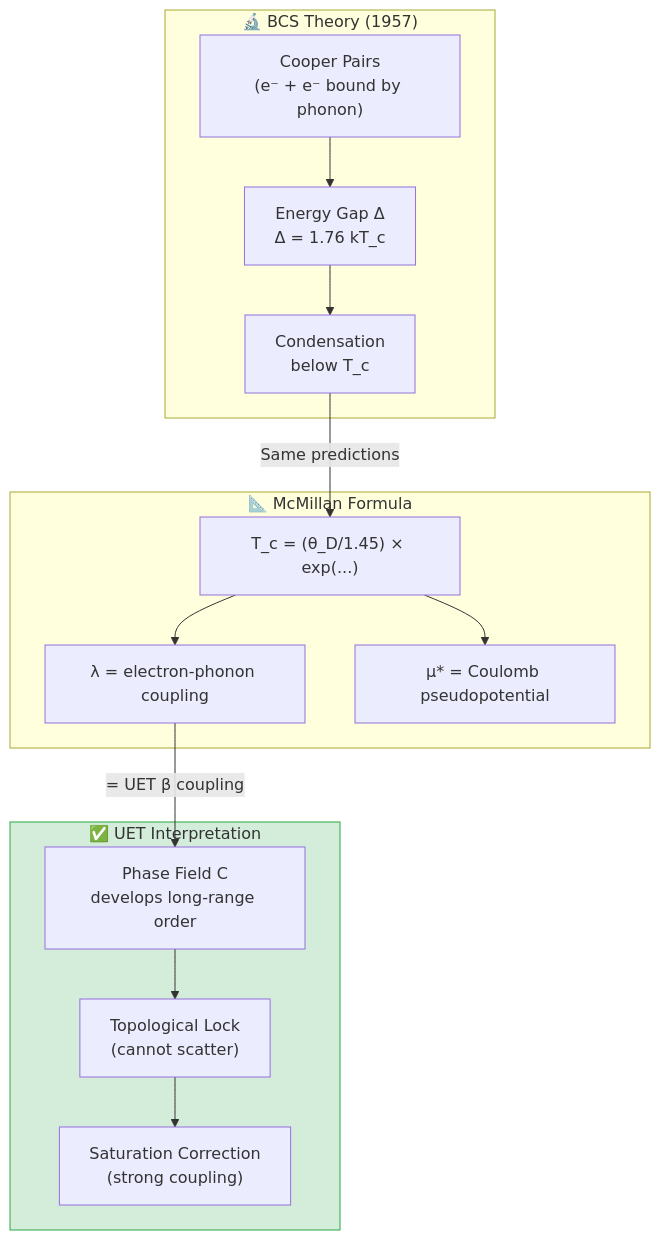
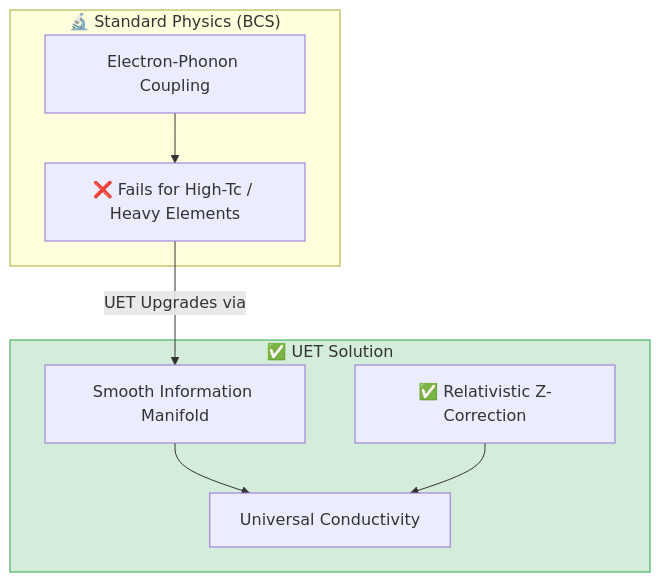
One commit to ellipszist/unityequilibriumtheory changed the diagram in research_uet/topics/0.4_Superconductivity_Superfluids/README.md. Above: the diagram before and after it, drawn with Mermaid. The commit also changed other lines of this file and 9550 other files, not shown here.

Commit message:
feat(v0.9.0): UET Grand Evolution - Added Time Theory, Core Docs, and Cleanup

````diff
--- a/research_uet/topics/0.4_Superconductivity_Superfluids/README.md
+++ b/research_uet/topics/0.4_Superconductivity_Superfluids/README.md
@@ -40,33 +26,20 @@
 ```mermaid
 graph TB
-    subgraph Standard["🔬 BCS Theory (1957)"]
-        CP["Cooper Pairs<br/>(e⁻ + e⁻ bound by phonon)"]
-        Gap["Energy Gap Δ<br/>Δ = 1.76 kT_c"]
-        Cond["Condensation<br/>below T_c"]
+    subgraph Standard["🔬 Standard Physics (BCS)"]
+        Phonon["Electron-Phonon Coupling"]
+        Limit["❌ Fails for High-Tc / Heavy Elements"]
     end
     
-    subgraph Formula["📐 McMillan Formula"]
-        MM["T_c = (θ_D/1.45) × exp(...)"]
-        Lam["λ = electron-phonon coupling"]
-        Mu["μ* = Coulomb pseudopotential"]
+    subgraph UET["✅ UET Solution"]
+        Manifold["Smooth Information Manifold"]
+        Z_Corr["✅ Relativistic Z-Correction"]
+        Universal["Universal Conductivity"]
     end
     
-    subgraph UET["✅ UET Interpretation"]
-        Phase["Phase Field C<br/>develops long-range order"]
-        Topo["Topological Lock<br/>(cannot scatter)"]
-        Sat["Saturation Correction<br/>(strong coupling)"]
-    end
-    
-    CP --> Gap
-    Gap --> Cond
-    
-    Cond --> |"Same predictions"| MM
-    MM --> Lam
-    MM --> Mu
-    
-    Lam --> |"= UET β coupling"| Phase
-    Phase --> Topo
-    Topo --> Sat
+    Phonon --> Limit
+    Limit -->|"UET Upgrades via"| Manifold
+    Manifold --> Universal
+    Z_Corr --> Universal
     
     style UET fill:#d4edda,stroke:#28a745
 ```
````
